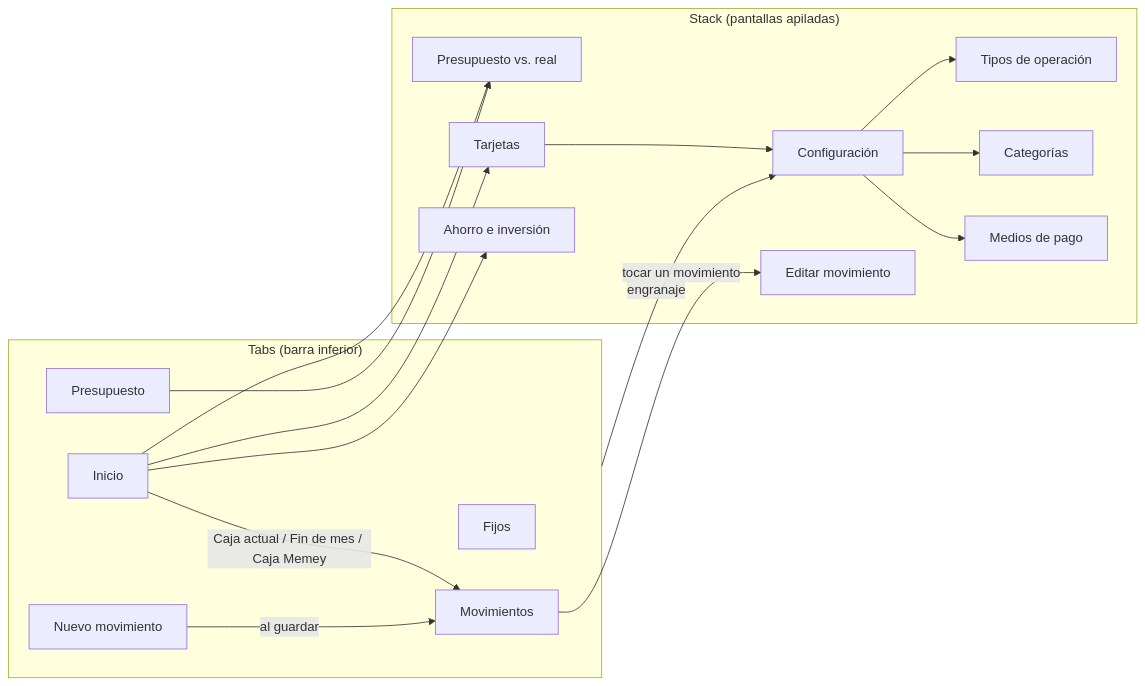
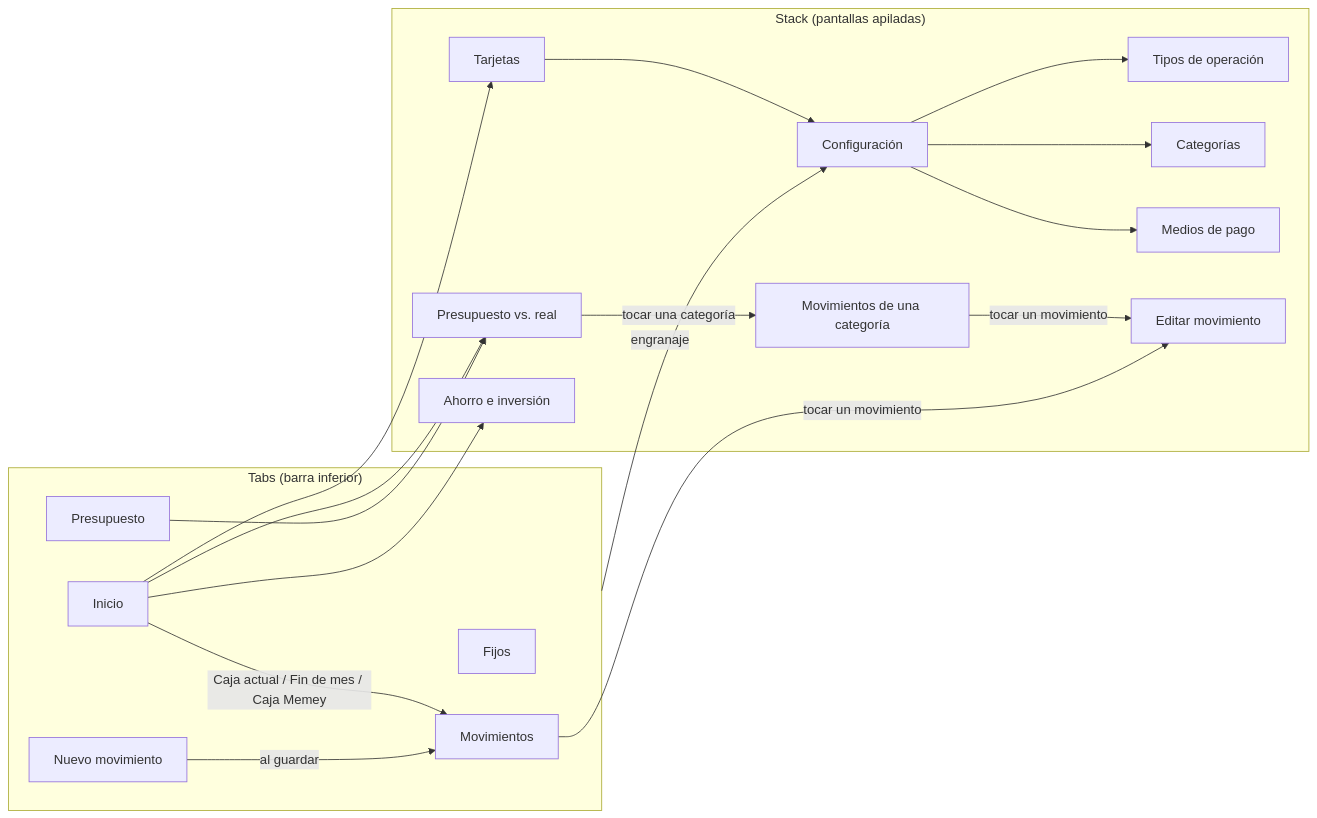
One commit to pmarcore/mis_finanzas_app changed the second of 2 diagrams in docs/app-mobile.md. Above: the diagram before and after it, drawn with Mermaid. The commit also changed other lines of this file and 14 other files, not shown here.

First line of the commit message:
Presupuesto por entidad, detalle de movimientos por categoría y filtros en Movimientos

````diff
--- a/docs/app-mobile.md
+++ b/docs/app-mobile.md
@@ -37,32 +37,35 @@
 ```mermaid
 flowchart LR
   subgraph Tabs["Tabs (barra inferior)"]
     Inicio
     Movimientos
     Nuevo["Nuevo movimiento"]
     Fijos
     Presupuesto
   end
   subgraph Stack["Stack (pantallas apiladas)"]
     Reporte["Presupuesto vs. real"]
     Tarjetas
     Configuracion["Configuración"]
     TiposOperacion["Tipos de operación"]
     Categorias["Categorías"]
     MediosPago["Medios de pago"]
     Ahorro["Ahorro e inversión"]
     EditarMovimiento["Editar movimiento"]
+    MovimientosCategoria["Movimientos de una categoría"]
   end
   Inicio -->|Caja actual / Fin de mes / Caja Memey| Movimientos
   Inicio --> Tarjetas
   Inicio --> Reporte
   Inicio --> Ahorro
   Presupuesto --> Reporte
+  Reporte -->|tocar una categoría| MovimientosCategoria
+  MovimientosCategoria -->|tocar un movimiento| EditarMovimiento
   Nuevo -->|al guardar| Movimientos
   Movimientos -->|tocar un movimiento| EditarMovimiento
   Tarjetas --> Configuracion
   Tabs -->|engranaje| Configuracion
   Configuracion --> TiposOperacion
   Configuracion --> Categorias
   Configuracion --> MediosPago
 ```
````
